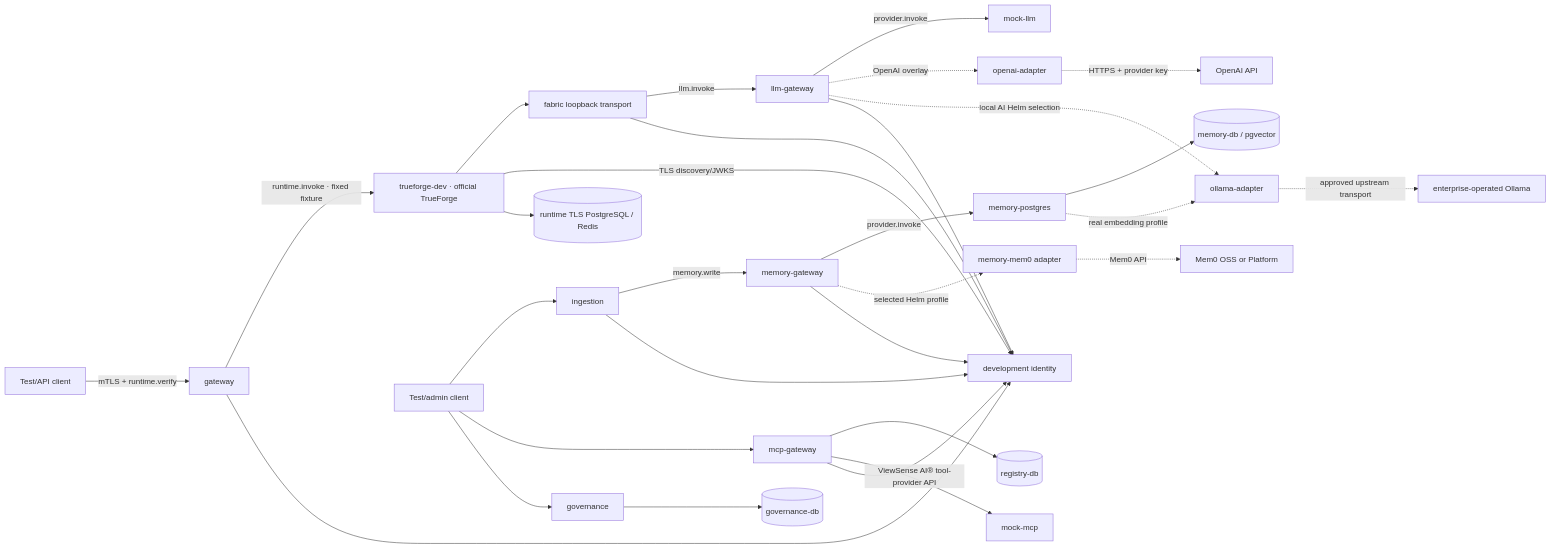
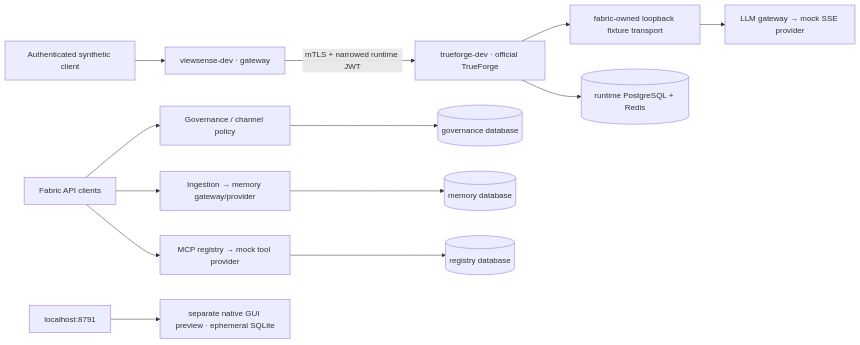
The diagram in docs/design/high-level/00-implementation-conformance.md (diaryfolio/aiops-fabric-docs), drawn with Mermaid before and after one commit. The commit also changed other lines of this file and 41 other files, not shown here.

````diff
--- a/docs/design/high-level/00-implementation-conformance.md
+++ b/docs/design/high-level/00-implementation-conformance.md
@@ -375,31 +54,15 @@
 ```mermaid
 flowchart LR
-    Client["Test/API client"] -->|"mTLS + runtime.verify"| Gateway["gateway"]
-    Gateway -->|"runtime.invoke · fixed fixture"| TrueForge["trueforge-dev · official TrueForge"]
-    TrueForge --> Bridge["fabric loopback transport"]
-    MemoryGateway["memory-gateway"]
-    MemoryGateway -->|"provider.invoke"| PGMemory["memory-postgres"]
-    PGMemory --> MemoryDB[("memory-db / pgvector")]
-    MemoryGateway -. "selected Helm profile" .-> Mem0["memory-mem0 adapter"]
-    Mem0 -. "Mem0 API" .-> Mem0Product["Mem0 OSS or Platform"]
-    Bridge -->|"llm.invoke"| LLMGateway["llm-gateway"]
-    LLMGateway -->|"provider.invoke"| MockLLM["mock-llm"]
-    LLMGateway -. "OpenAI overlay" .-> OpenAIAdapter["openai-adapter"]
-    OpenAIAdapter -. "HTTPS + provider key" .-> OpenAI["OpenAI API"]
-    LLMGateway -. "local AI Helm selection" .-> OllamaAdapter["ollama-adapter"]
-    PGMemory -. "real embedding profile" .-> OllamaAdapter
-    OllamaAdapter -. "approved upstream transport" .-> Ollama["enterprise-operated Ollama"]
-
-    TestClient["Test/admin client"] --> Ingestion["ingestion"]
-    Ingestion -->|"memory.write"| MemoryGateway
-    TestClient --> MCPGateway["mcp-gateway"]
-    MCPGateway --> RegistryDB[("registry-db")]
-    MCPGateway -->|"ViewSense AI® tool-provider API"| MockMCP["mock-mcp"]
-    TestClient --> Governance["governance"]
-    Governance --> GovernanceDB[("governance-db")]
-
-    Identity["development identity"]
-    Gateway & Bridge & MemoryGateway & LLMGateway & Ingestion & MCPGateway --> Identity
-    TrueForge -->|"TLS discovery/JWKS"| Identity
-    TrueForge --> RuntimeDB[("runtime TLS PostgreSQL / Redis")]
+    Caller["Authenticated synthetic client"] --> Edge["viewsense-dev · gateway"]
+    Edge -->|"mTLS + narrowed runtime JWT"| TF["trueforge-dev · official TrueForge"]
+    TF --> Local["fabric-owned loopback fixture transport"]
+    Local --> LLM["LLM gateway → mock SSE provider"]
+    TF --> RuntimeState[("runtime PostgreSQL + Redis")]
+    Clients["Fabric API clients"] --> Governance["Governance / channel policy"]
+    Clients --> Ingestion["Ingestion → memory gateway/provider"]
+    Clients --> MCP["MCP registry → mock tool provider"]
+    Governance --> GovState[("governance database")]
+    Ingestion --> MemoryState[("memory database")]
+    MCP --> RegistryState[("registry database")]
+    Browser["localhost:8791"] --> Preview["separate native GUI preview · ephemeral SQLite"]
 ```
````
